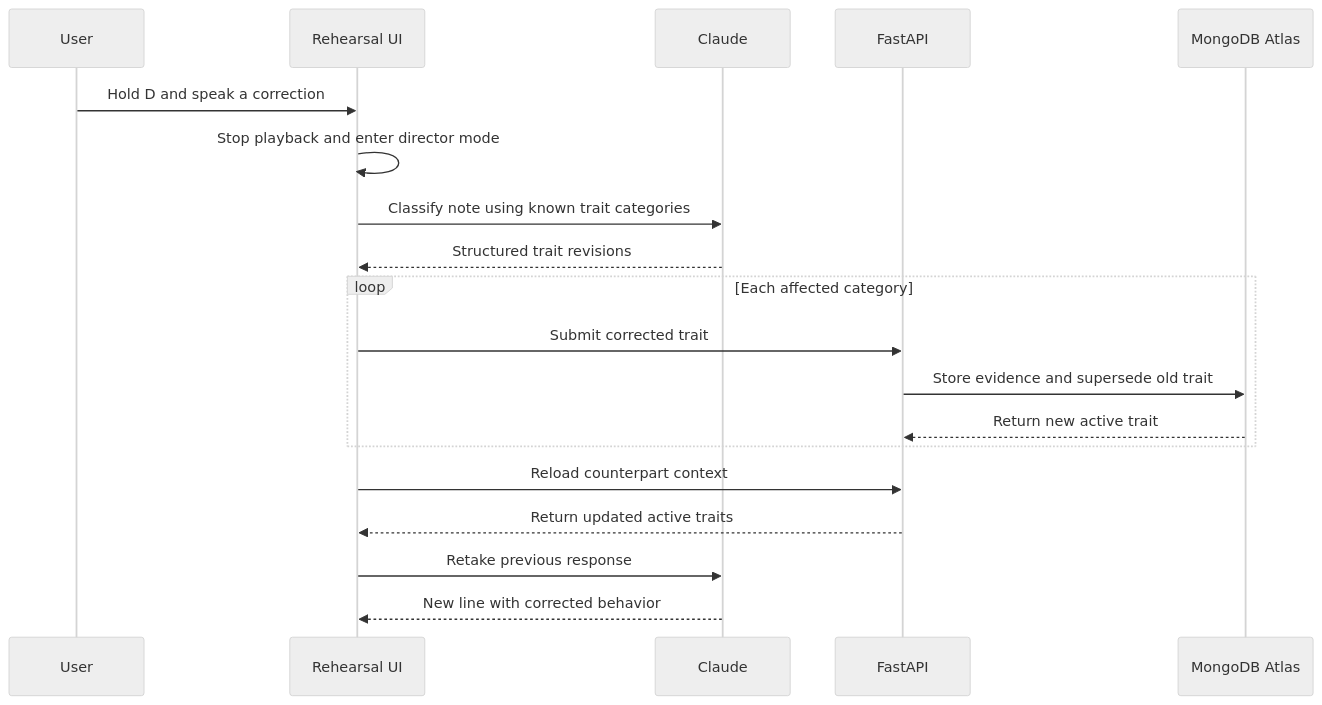
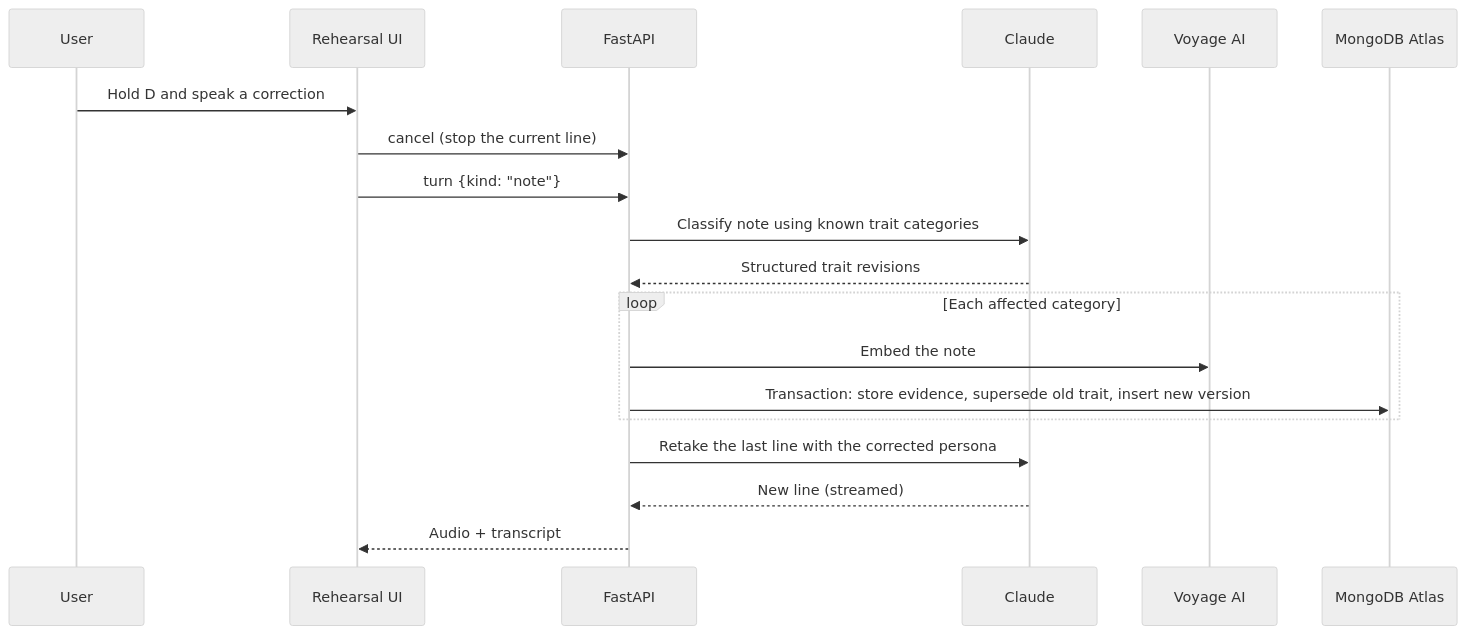
The second of 4 diagrams in README.md (assemkdv/mongodb-ai-hackathon), drawn with Mermaid (neutral theme) before and after one commit. The commit also changed other lines of this file, not shown here.

Commit message:
Update README for the FastAPI voice agent, vector search and WebSocket streaming

````diff
--- a/README.md
+++ b/README.md
@@ -85,22 +103,22 @@
 ```mermaid
 sequenceDiagram
     participant User
     participant UI as Rehearsal UI
+    participant API as FastAPI
     participant Claude
-    participant API as FastAPI
+    participant Voyage as Voyage AI
     participant DB as MongoDB Atlas
 
     User->>UI: Hold D and speak a correction
-    UI->>UI: Stop playback and enter director mode
-    UI->>Claude: Classify note using known trait categories
-    Claude-->>UI: Structured trait revisions
+    UI->>API: cancel (stop the current line)
+    UI->>API: turn {kind: "note"}
+    API->>Claude: Classify note using known trait categories
+    Claude-->>API: Structured trait revisions
     loop Each affected category
-        UI->>API: Submit corrected trait
-        API->>DB: Store evidence and supersede old trait
-        DB-->>API: Return new active trait
+        API->>Voyage: Embed the note
+        API->>DB: Transaction: store evidence, supersede old trait, insert new version
     end
-    UI->>API: Reload counterpart context
-    API-->>UI: Return updated active traits
-    UI->>Claude: Retake previous response
-    Claude-->>UI: New line with corrected behavior
+    API->>Claude: Retake the last line with the corrected persona
+    Claude-->>API: New line (streamed)
+    API-->>UI: Audio + transcript
 ```
````
